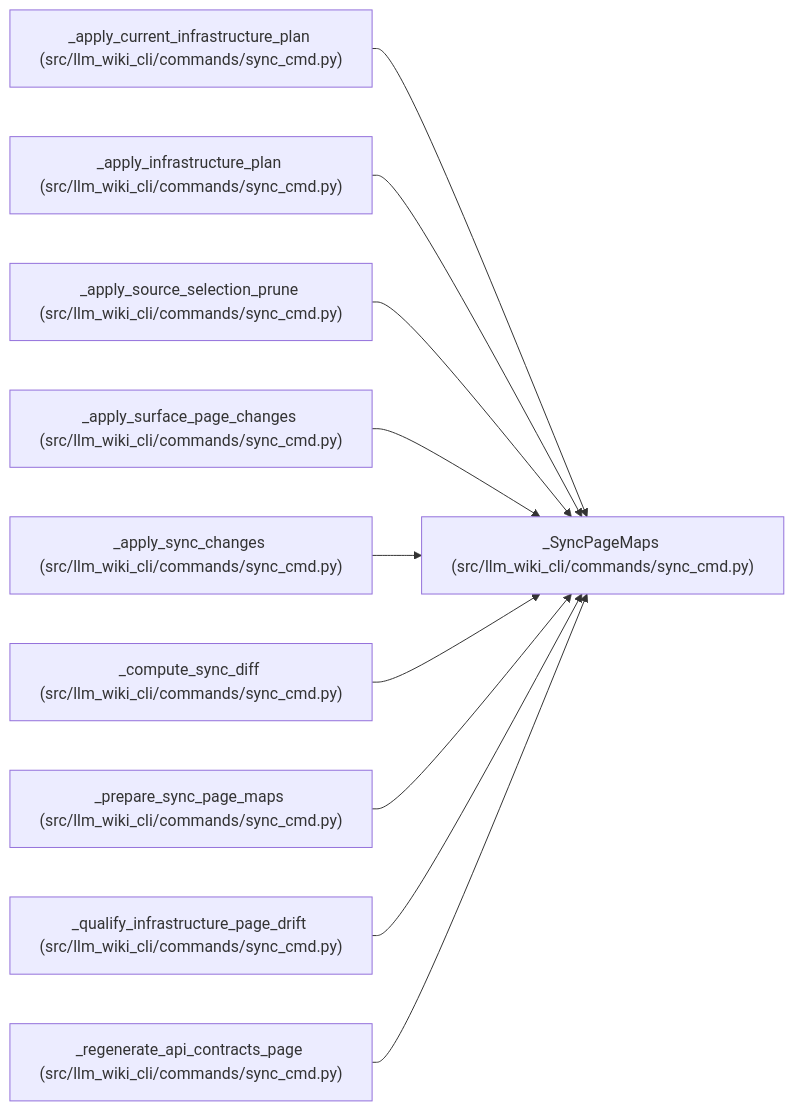
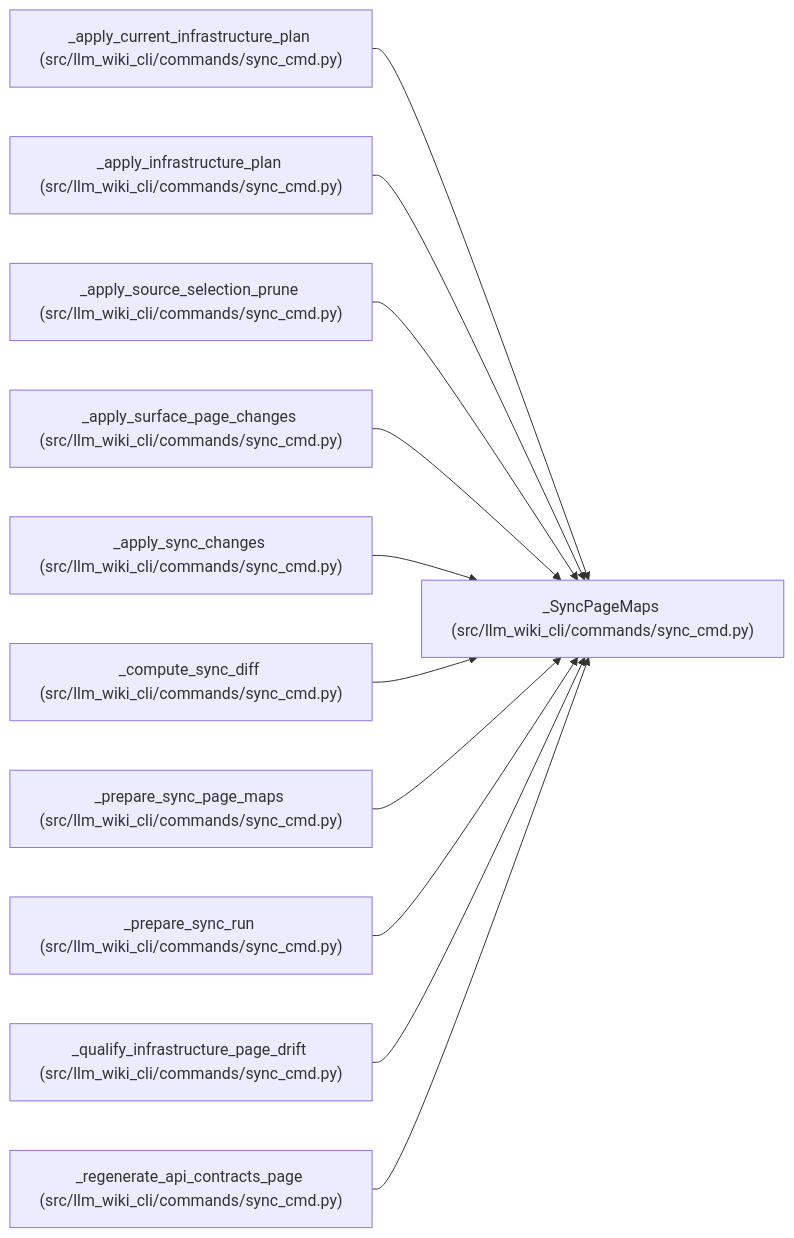
The diagram in docs/llm_wiki/entities/SyncPageMaps.md (Denissvgn/python-wiki-llm), drawn with Mermaid before and after one commit. The commit also changed other lines of this file and 462 other files, not shown here.

````diff
--- a/docs/llm_wiki/entities/SyncPageMaps.md
+++ b/docs/llm_wiki/entities/SyncPageMaps.md
@@ -29,32 +29,35 @@
 ```mermaid
 flowchart LR
     n0["_SyncPageMaps (src/llm_wiki_cli/commands/sync_cmd.py)"]
     n1["_apply_current_infrastructure_plan (src/llm_wiki_cli/commands/sync_cmd.py)"]
     n2["_apply_infrastructure_plan (src/llm_wiki_cli/commands/sync_cmd.py)"]
     n3["_apply_source_selection_prune (src/llm_wiki_cli/commands/sync_cmd.py)"]
     n4["_apply_surface_page_changes (src/llm_wiki_cli/commands/sync_cmd.py)"]
     n5["_apply_sync_changes (src/llm_wiki_cli/commands/sync_cmd.py)"]
     n6["_compute_sync_diff (src/llm_wiki_cli/commands/sync_cmd.py)"]
     n7["_prepare_sync_page_maps (src/llm_wiki_cli/commands/sync_cmd.py)"]
-    n8["_qualify_infrastructure_page_drift (src/llm_wiki_cli/commands/sync_cmd.py)"]
-    n9["_regenerate_api_contracts_page (src/llm_wiki_cli/commands/sync_cmd.py)"]
+    n8["_prepare_sync_run (src/llm_wiki_cli/commands/sync_cmd.py)"]
+    n9["_qualify_infrastructure_page_drift (src/llm_wiki_cli/commands/sync_cmd.py)"]
+    n10["_regenerate_api_contracts_page (src/llm_wiki_cli/commands/sync_cmd.py)"]
     n1 --> n0
     n2 --> n0
     n3 --> n0
     n4 --> n0
     n5 --> n0
     n6 --> n0
     n7 --> n0
     n8 --> n0
     n9 --> n0
+    n10 --> n0
     click n0 "../modules/sync_cmd.md"
     click n1 "../modules/sync_cmd.md"
     click n2 "../modules/sync_cmd.md"
     click n3 "../modules/sync_cmd.md"
     click n4 "../modules/sync_cmd.md"
     click n5 "../modules/sync_cmd.md"
     click n6 "../modules/sync_cmd.md"
     click n7 "../modules/sync_cmd.md"
     click n8 "../modules/sync_cmd.md"
     click n9 "../modules/sync_cmd.md"
+    click n10 "../modules/sync_cmd.md"
 ```
````
